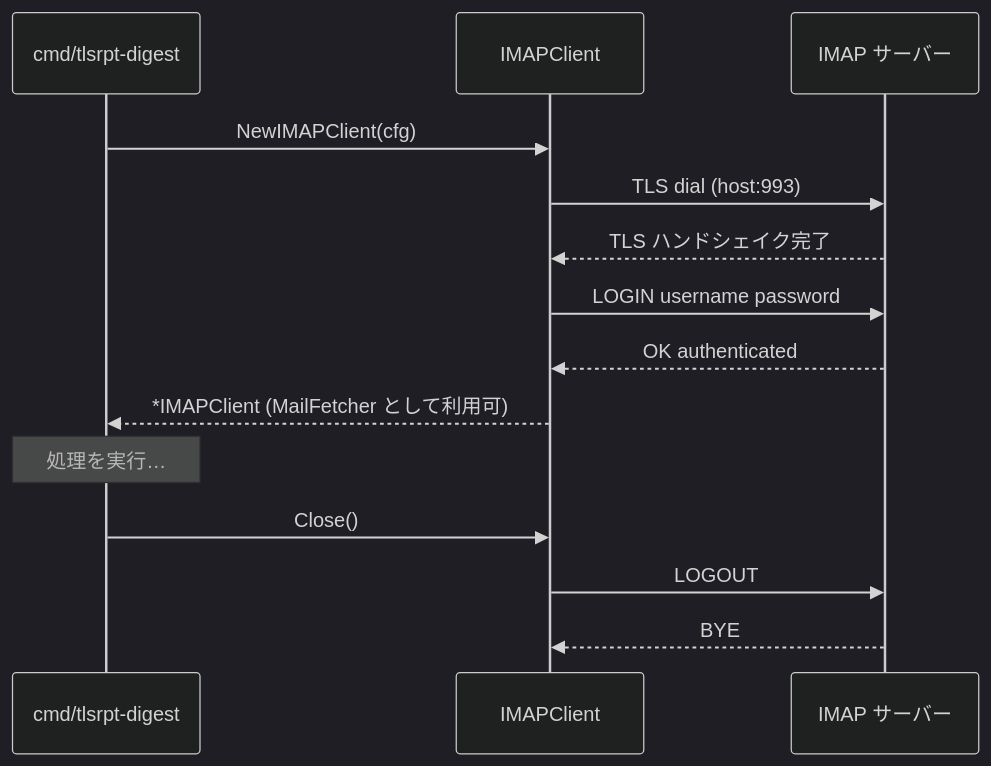
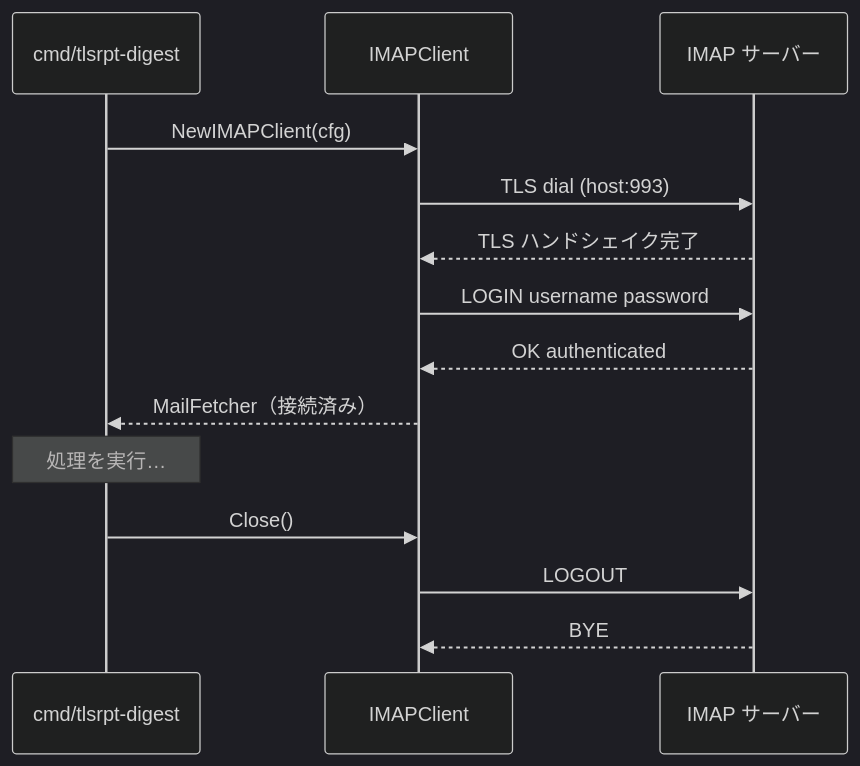
Before and after one commit to isseis/tlsrpt-digest: the fourth of 7 diagrams in docs/tasks/0010_imap/02_architecture.md, drawn with Mermaid (dark theme). The commit also changed other lines of this file, not shown here.

First line of the commit message:
docs(0010): add Close() to MailFetcher interface (Option B)

````diff
--- a/docs/tasks/0010_imap/02_architecture.md
+++ b/docs/tasks/0010_imap/02_architecture.md
@@ -98,19 +98,19 @@
 ```mermaid
 sequenceDiagram
     participant cmd as cmd/tlsrpt-digest
     participant c as IMAPClient
     participant srv as IMAP サーバー
 
     cmd->>c: NewIMAPClient(cfg)
     c->>srv: TLS dial (host:993)
     srv-->>c: TLS ハンドシェイク完了
     c->>srv: LOGIN username password
     srv-->>c: OK authenticated
-    c-->>cmd: *IMAPClient (MailFetcher として利用可)
+    c-->>cmd: MailFetcher（接続済み）
 
     Note over cmd: 処理を実行…
 
     cmd->>c: Close()
     c->>srv: LOGOUT
     srv-->>c: BYE
 ```
````
